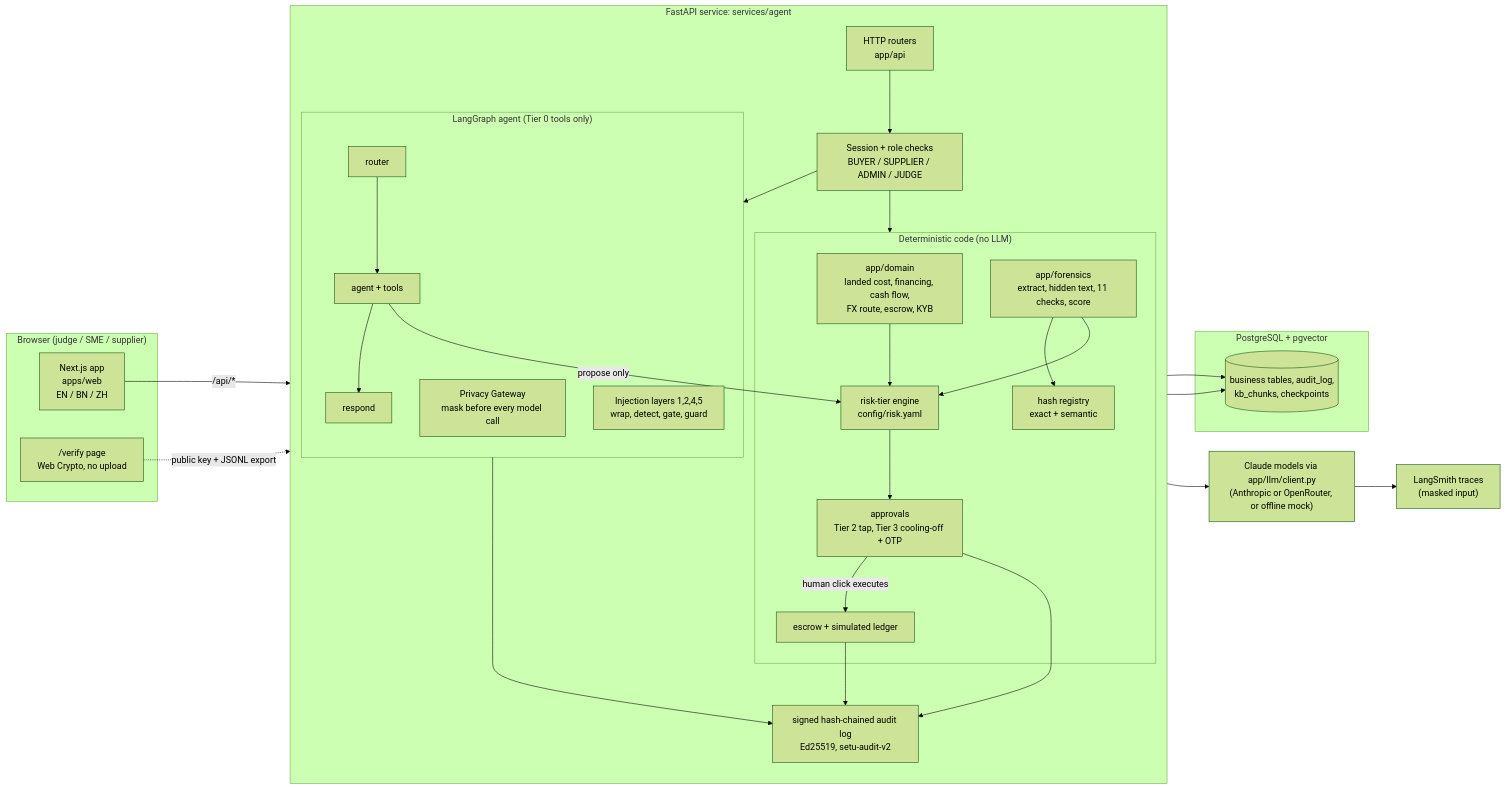
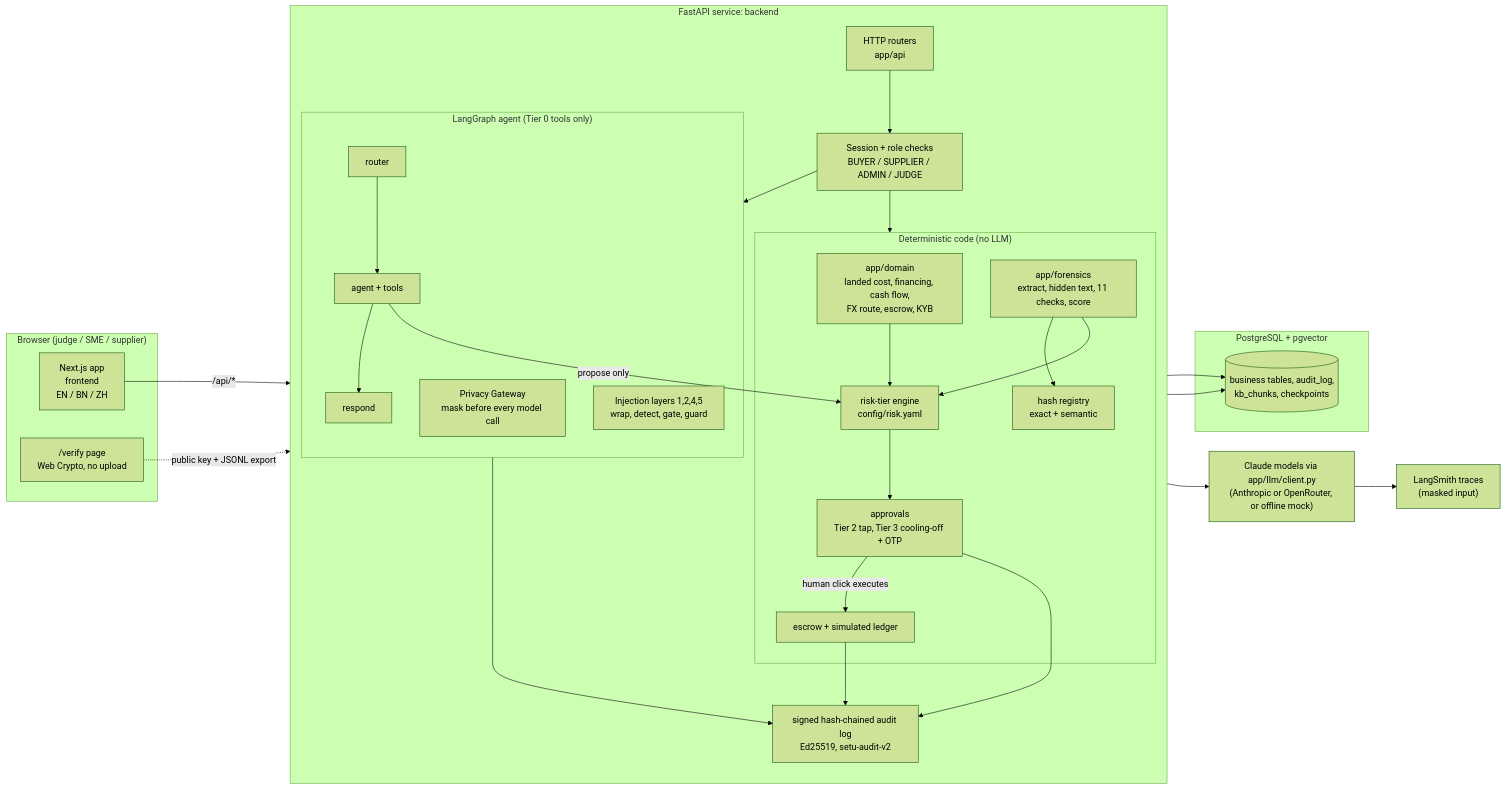
Before and after one commit to Ebratul/Setu: the diagram in README.md, drawn with Mermaid (forest theme). The commit also changed other lines of this file and 1032 other files, not shown here.

First line of the commit message:
chore(deploy): split repo into frontend/, backend/ and rag_agent/

````diff
--- a/README.md
+++ b/README.md
@@ -59,53 +59,53 @@
 ```mermaid
 flowchart LR
   subgraph Browser["Browser (judge / SME / supplier)"]
-    WEB["Next.js app<br/>apps/web<br/>EN / BN / ZH"]
+    WEB["Next.js app<br/>frontend<br/>EN / BN / ZH"]
     VER["/verify page<br/>Web Crypto, no upload"]
   end
 
-  subgraph API["FastAPI service: services/agent"]
+  subgraph API["FastAPI service: backend"]
     direction TB
     ROUTERS["HTTP routers<br/>app/api"]
     AUTH["Session + role checks<br/>BUYER / SUPPLIER / ADMIN / JUDGE"]
     subgraph AGENT["LangGraph agent (Tier 0 tools only)"]
       PG["Privacy Gateway<br/>mask before every model call"]
       RT["router"] --> AG["agent + tools"] --> RS["respond"]
       WRAP["Injection layers 1,2,4,5<br/>wrap, detect, gate, guard"]
     end
     subgraph CODE["Deterministic code (no LLM)"]
       DOM["app/domain<br/>landed cost, financing, cash flow,<br/>FX route, escrow, KYB"]
       FOR["app/forensics<br/>extract, hidden text, 11 checks, score"]
       REG["hash registry<br/>exact + semantic"]
       RISK["risk-tier engine<br/>config/risk.yaml"]
       APPR["approvals<br/>Tier 2 tap, Tier 3 cooling-off + OTP"]
       ESC["escrow + simulated ledger"]
     end
     AUD["signed hash-chained audit log<br/>Ed25519, setu-audit-v2"]
   end
 
   subgraph DATA["PostgreSQL + pgvector"]
     DB[("business tables, audit_log,<br/>kb_chunks, checkpoints")]
   end
 
   LLM["Claude models via app/llm/client.py<br/>(Anthropic or OpenRouter, or offline mock)"]
   LS["LangSmith traces<br/>(masked input)"]
 
   WEB -->|"/api/*"| ROUTERS
   ROUTERS --> AUTH
   AUTH --> AGENT
   AUTH --> CODE
   PG --> LLM
   LLM --> LS
   AG -->|"propose only"| RISK
   RISK --> APPR
   APPR -->|"human click executes"| ESC
   FOR --> REG
   FOR --> RISK
   DOM --> RISK
   ESC --> AUD
   APPR --> AUD
   AGENT --> AUD
   CODE --> DB
   AUD --> DB
   VER -.->|"public key + JSONL export"| AUD
 ```
````
